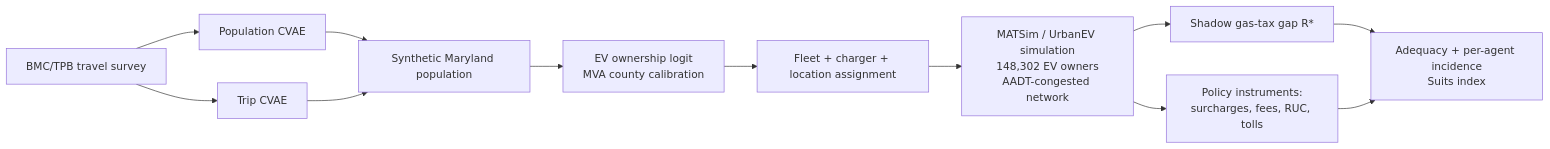
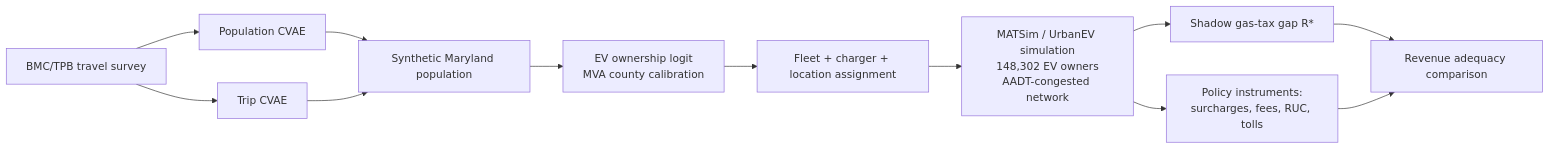
One commit to Tomal121186621/UrbanEV-Maryland changed the diagram in README.md. Above: the diagram before and after it, drawn with Mermaid. The commit also changed other lines of this file, not shown here.

First line of the commit message:
README: focus on revenue adequacy

````diff
--- a/README.md
+++ b/README.md
@@ -15,14 +15,14 @@
 ```mermaid
 flowchart LR
     A[BMC/TPB travel survey] --> B[Population CVAE]
     A --> C[Trip CVAE]
     B --> D[Synthetic Maryland population]
     C --> D
     D --> E[EV ownership logit<br/>MVA county calibration]
     E --> F[Fleet + charger + location assignment]
     F --> G[MATSim / UrbanEV simulation<br/>148,302 EV owners<br/>AADT-congested network]
     G --> H[Shadow gas-tax gap R*]
     G --> I[Policy instruments:<br/>surcharges, fees, RUC, tolls]
-    H --> J[Adequacy + per-agent incidence<br/>Suits index]
+    H --> J[Revenue adequacy comparison]
     I --> J
 ```
````
